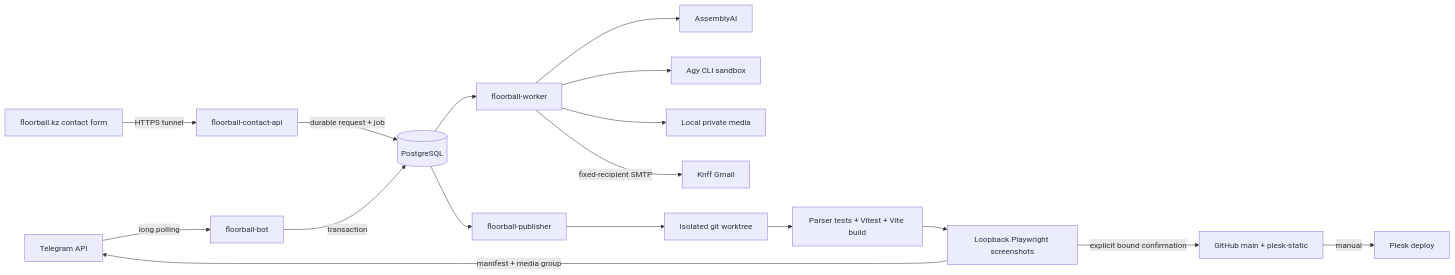
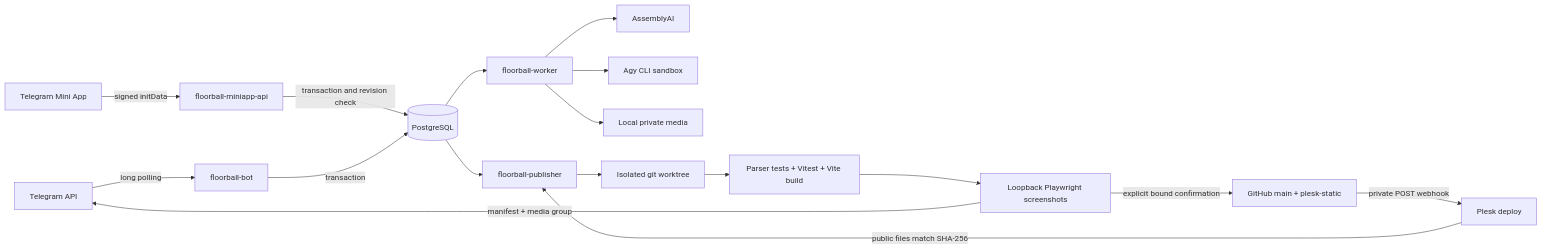
Before and after one commit to mrMoses2000/floorball-content-bot: the diagram in docs/ARCHITECTURE.md, drawn with Mermaid. The commit also changed other lines of this file and 3 other files, not shown here.

Commit message:
docs: record deployed release architecture and verification evidence

````diff
--- a/docs/ARCHITECTURE.md
+++ b/docs/ARCHITECTURE.md
@@ -25,19 +23,19 @@
 ```mermaid
 flowchart LR
   TG[Telegram API] -->|long polling| BOT[floorball-bot]
-  SITE[floorball.kz contact form] -->|HTTPS tunnel| CONTACT[floorball-contact-api]
-  CONTACT -->|durable request + job| PG
+  MINI[Telegram Mini App] -->|signed initData| API[floorball-miniapp-api]
+  API -->|transaction and revision check| PG
   BOT -->|transaction| PG[(PostgreSQL)]
   PG --> WORKER[floorball-worker]
   WORKER --> AAI[AssemblyAI]
   WORKER --> AGY[Agy CLI sandbox]
   WORKER --> MEDIA[Local private media]
-  WORKER -->|fixed-recipient SMTP| MAIL[Knff Gmail]
   PG --> PUB[floorball-publisher]
   PUB --> WT[Isolated git worktree]
   WT --> TESTS[Parser tests + Vitest + Vite build]
   TESTS --> SHOTS[Loopback Playwright screenshots]
   SHOTS -->|manifest + media group| TG
   SHOTS -->|explicit bound confirmation| GH[GitHub main + plesk-static]
-  GH -->|manual| PLESK[Plesk deploy]
+  GH -->|private POST webhook| PLESK[Plesk deploy]
+  PLESK -->|public files match SHA-256| PUB
 ```
````
